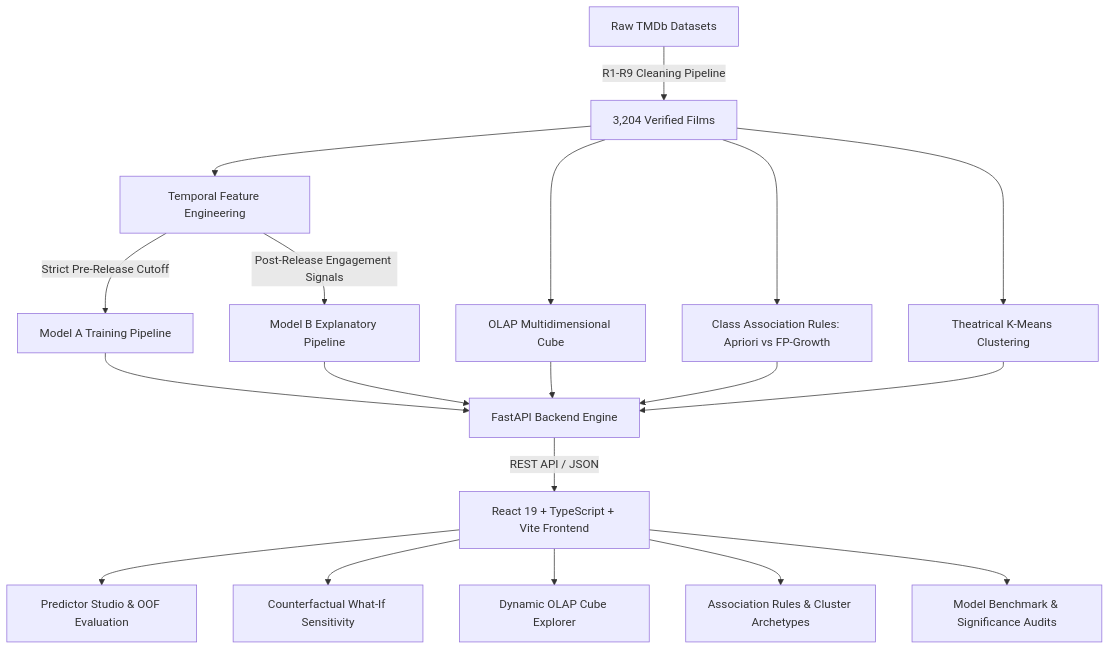
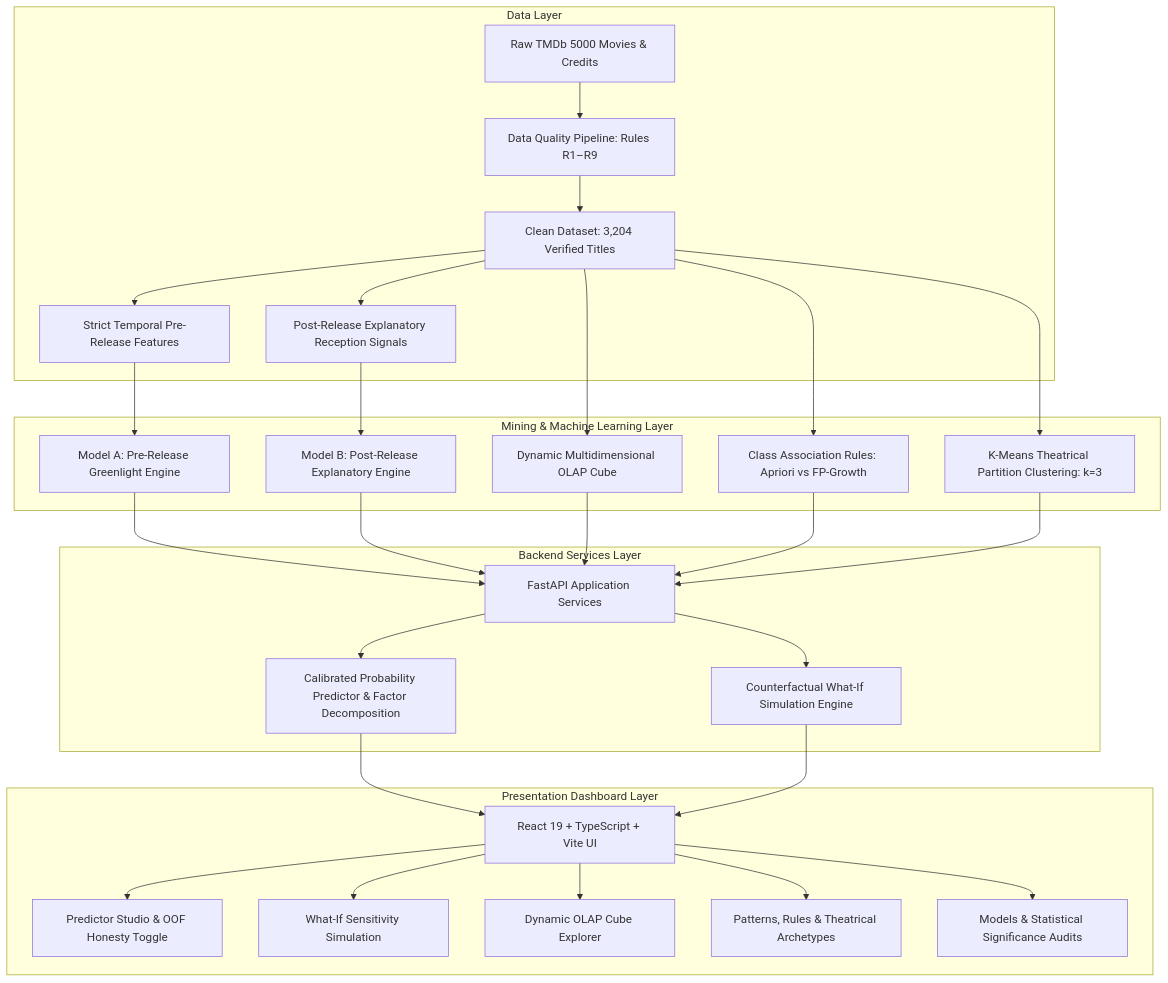
The diagram in README.md (ANT1517/BoxOffice-Oracle), drawn with Mermaid before and after one commit. The commit also changed other lines of this file and 24 other files, not shown here.

````diff
--- a/README.md
+++ b/README.md
@@ -33,23 +33,37 @@
 ```mermaid
 graph TD
-    A[Raw TMDb Datasets] -->|R1-R9 Cleaning Pipeline| B[3,204 Verified Films]
-    B --> C[Temporal Feature Engineering]
-    C -->|Strict Pre-Release Cutoff| D[Model A Training Pipeline]
-    C -->|Post-Release Engagement Signals| E[Model B Explanatory Pipeline]
-    B --> F[OLAP Multidimensional Cube]
-    B --> G[Class Association Rules: Apriori vs FP-Growth]
-    B --> H[Theatrical K-Means Clustering]
-    
-    D --> I[FastAPI Backend Engine]
-    E --> I
-    F --> I
-    G --> I
-    H --> I
-    
-    I -->|REST API / JSON| J[React 19 + TypeScript + Vite Frontend]
-    J --> K[Predictor Studio & OOF Evaluation]
-    J --> L[Counterfactual What-If Sensitivity]
-    J --> M[Dynamic OLAP Cube Explorer]
-    J --> N[Association Rules & Cluster Archetypes]
-    J --> O[Model Benchmark & Significance Audits]
+    subgraph Data Layer
+        A[Raw TMDb 5000 Movies & Credits] --> B[Data Quality Pipeline: Rules R1–R9]
+        B --> C[Clean Dataset: 3,204 Verified Titles]
+        C --> D[Strict Temporal Pre-Release Features]
+        C --> E[Post-Release Explanatory Reception Signals]
+    end
+
+    subgraph Mining & Machine Learning Layer
+        D --> F[Model A: Pre-Release Greenlight Engine]
+        E --> G[Model B: Post-Release Explanatory Engine]
+        C --> H[Dynamic Multidimensional OLAP Cube]
+        C --> I[Class Association Rules: Apriori vs FP-Growth]
+        C --> J[K-Means Theatrical Partition Clustering: k=3]
+    end
+
+    subgraph Backend Services Layer
+        F --> K[FastAPI Application Services]
+        G --> K
+        H --> K
+        I --> K
+        J --> K
+        K --> L[Calibrated Probability Predictor & Factor Decomposition]
+        K --> M[Counterfactual What-If Simulation Engine]
+    end
+
+    subgraph Presentation Dashboard Layer
+        L --> N[React 19 + TypeScript + Vite UI]
+        M --> N
+        N --> O[Predictor Studio & OOF Honesty Toggle]
+        N --> P[What-If Sensitivity Simulation]
+        N --> Q[Dynamic OLAP Cube Explorer]
+        N --> R[Patterns, Rules & Theatrical Archetypes]
+        N --> S[Models & Statistical Significance Audits]
+    end
 ```
````
